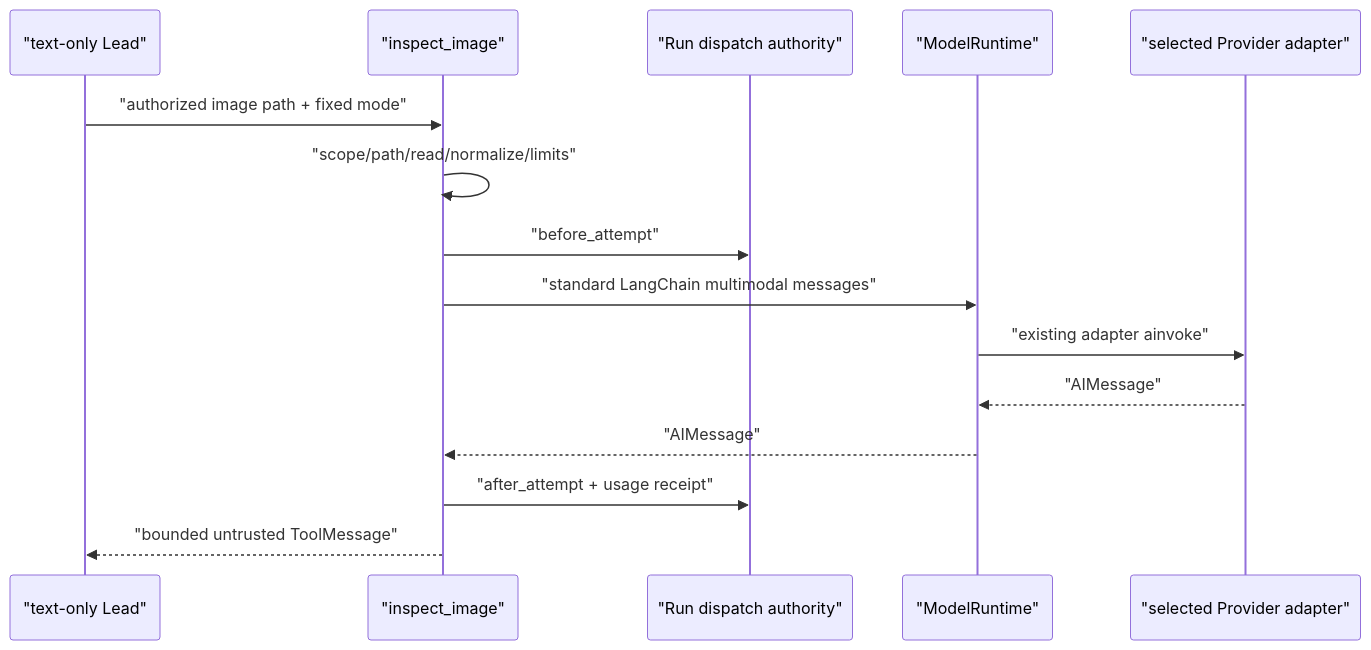
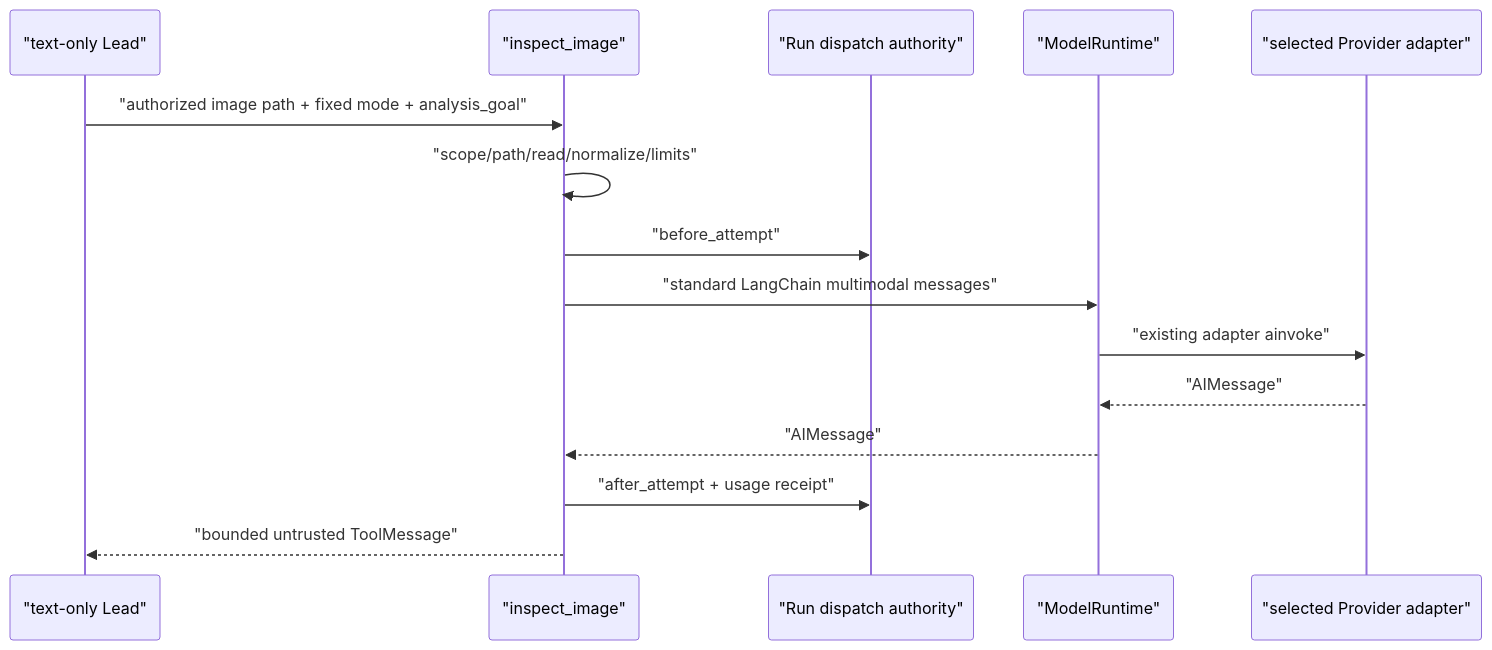
The second of 2 diagrams in backend/docs/VISION_BRIDGE_REFACTOR_PLAN.md (SerenaLuna8/deer-flow), drawn with Mermaid before and after one commit. The commit also changed other lines of this file and 11 other files, not shown here.

Commit message:
feat(vision): require image analysis goal

````diff
--- a/backend/docs/VISION_BRIDGE_REFACTOR_PLAN.md
+++ b/backend/docs/VISION_BRIDGE_REFACTOR_PLAN.md
@@ -139,18 +141,18 @@
 ```mermaid
 sequenceDiagram
     participant L as "text-only Lead"
     participant T as "inspect_image"
     participant A as "Run dispatch authority"
     participant R as "ModelRuntime"
     participant P as "selected Provider adapter"
 
-    L->>T: "authorized image path + fixed mode"
+    L->>T: "authorized image path + fixed mode + analysis_goal"
     T->>T: "scope/path/read/normalize/limits"
     T->>A: "before_attempt"
     T->>R: "standard LangChain multimodal messages"
     R->>P: "existing adapter ainvoke"
     P-->>R: "AIMessage"
     R-->>T: "AIMessage"
     T->>A: "after_attempt + usage receipt"
     T-->>L: "bounded untrusted ToolMessage"
 ```
````
